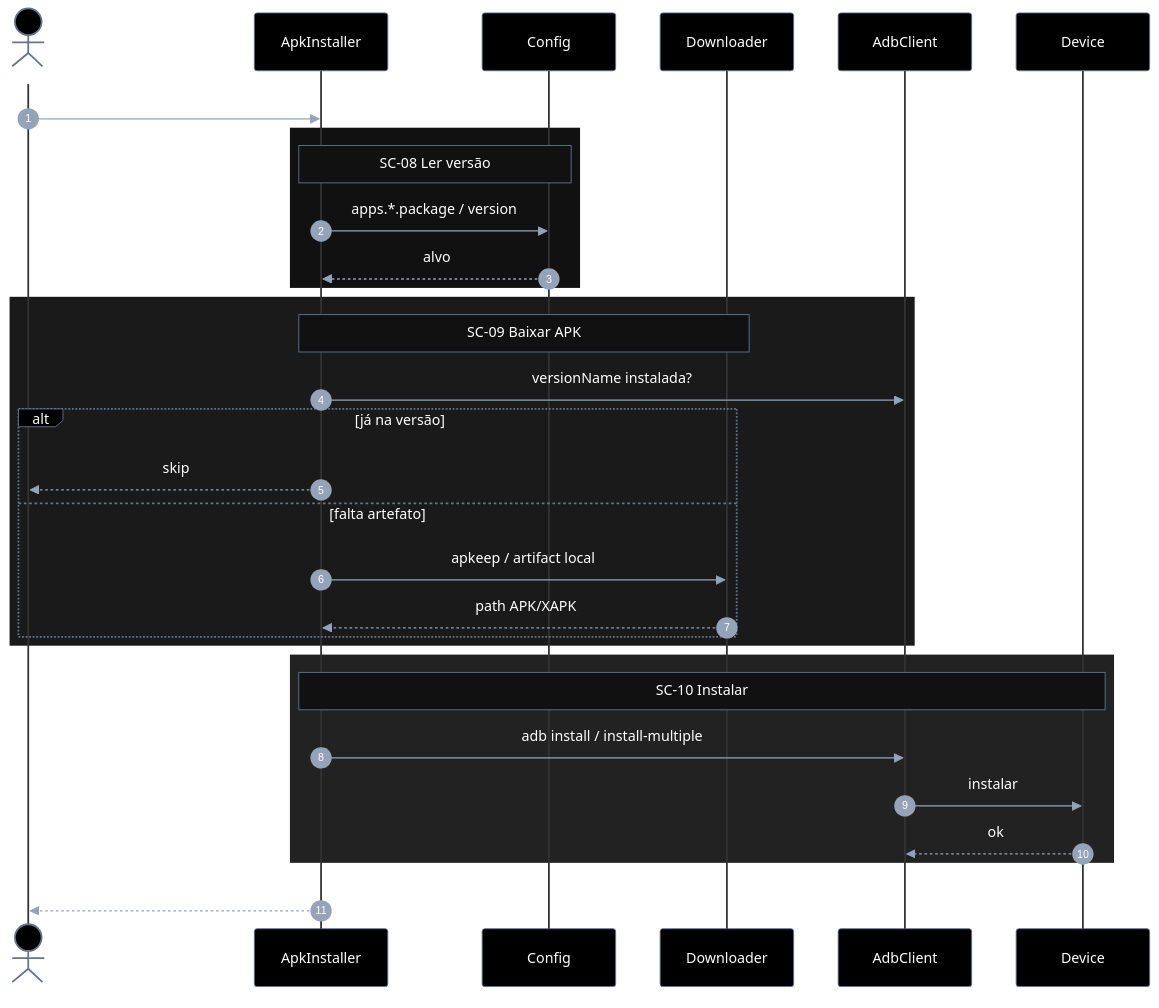
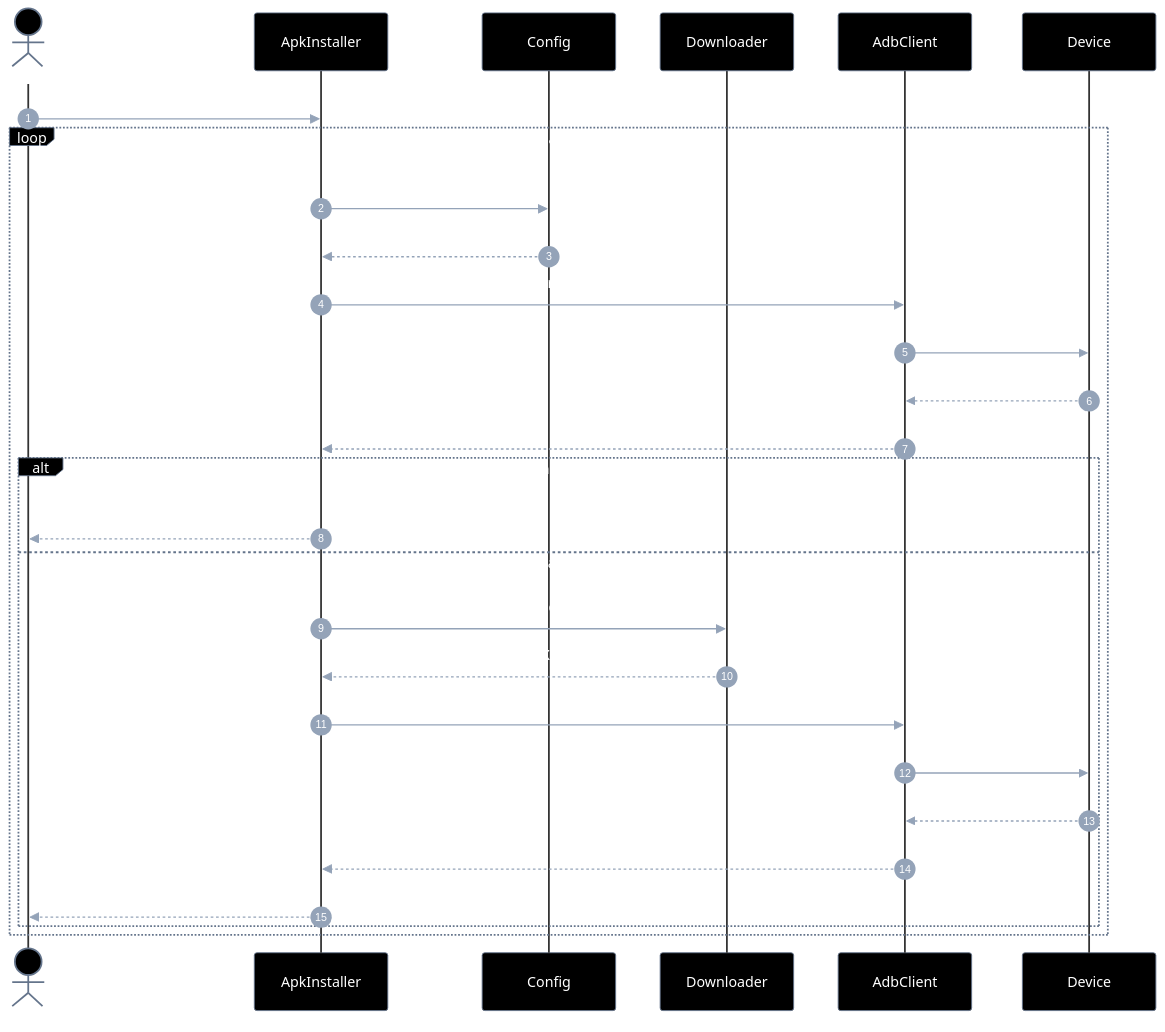
Before and after one commit to laerciogermano/workstation: the first of 2 diagrams in connectmax/screen-robot/epics/EP-03-instalar-apks/5.implementation-plan.md, drawn with Mermaid. The commit also changed other lines of this file and 5 other files, not shown here.

Commit message:
Completa retornos faltantes em todos os diagramas de sequência dos planos.

````diff
--- a/connectmax/screen-robot/epics/EP-03-instalar-apks/5.implementation-plan.md
+++ b/connectmax/screen-robot/epics/EP-03-instalar-apks/5.implementation-plan.md
@@ -40,79 +40,72 @@
 ```mermaid
 ---
 config:
   theme: base
   themeVariables:
     darkMode: true
     background: '#000000'
     primaryColor: '#000000'
     primaryTextColor: '#ffffff'
     primaryBorderColor: '#64748b'
     secondaryColor: '#000000'
     secondaryTextColor: '#ffffff'
     secondaryBorderColor: '#64748b'
     tertiaryColor: '#000000'
     tertiaryTextColor: '#ffffff'
     tertiaryBorderColor: '#64748b'
     lineColor: '#64748b'
     textColor: '#ffffff'
     mainBkg: '#000000'
     nodeBorder: '#64748b'
     clusterBkg: '#000000'
     clusterBorder: '#333333'
     titleColor: '#ffffff'
     edgeLabelBackground: '#000000'
     actorBkg: '#000000'
     actorBorder: '#64748b'
     actorTextColor: '#ffffff'
     actorLineColor: '#333333'
     signalColor: '#94a3b8'
     signalTextColor: '#ffffff'
     labelBoxBkgColor: '#000000'
     labelBoxBorderColor: '#64748b'
     labelTextColor: '#ffffff'
     loopTextColor: '#ffffff'
     noteBorderColor: '#64748b'
     noteBkgColor: '#111111'
     noteTextColor: '#ffffff'
     activationBorderColor: '#64748b'
     activationBkgColor: '#1a1a1a'
     sequenceNumberColor: '#ffffff'
     classText: '#ffffff'
 ---
 sequenceDiagram
   autonumber
   actor Dev as Caller
   participant K as ApkInstaller
   participant C as Config
   participant DL as Downloader
   participant A as AdbClient
   participant D as Device
 
   Dev->>K: installAppsFromConfig(serial, cfg)
-
-  rect rgb(17,17,17)
-    note over K,C: SC-08 Ler versão
+  loop para cada app em cfg.apps
     K->>C: apps.*.package / version
     C-->>K: alvo
-  end
-
-  rect rgb(26,26,26)
-    note over K,DL: SC-09 Baixar APK
     K->>A: versionName instalada?
-    alt já na versão
+    A->>D: dumpsys package
+    D-->>A: versionName|null
+    A-->>K: versão atual
+    alt já na versão alvo
       K-->>Dev: skip
-    else falta artefato
+    else precisa instalar
       K->>DL: apkeep / artifact local
       DL-->>K: path APK/XAPK
+      K->>A: adb install / install-multiple
+      A->>D: instalar
+      D-->>A: ok
+      A-->>K: Success
+      K-->>Dev: { installed: true, package, version }
     end
   end
-
-  rect rgb(34,34,34)
-    note over K,D: SC-10 Instalar
-    K->>A: adb install / install-multiple
-    A->>D: instalar
-    D-->>A: ok
-  end
-
-  K-->>Dev: { installed: true, package, version }
 ```
````
